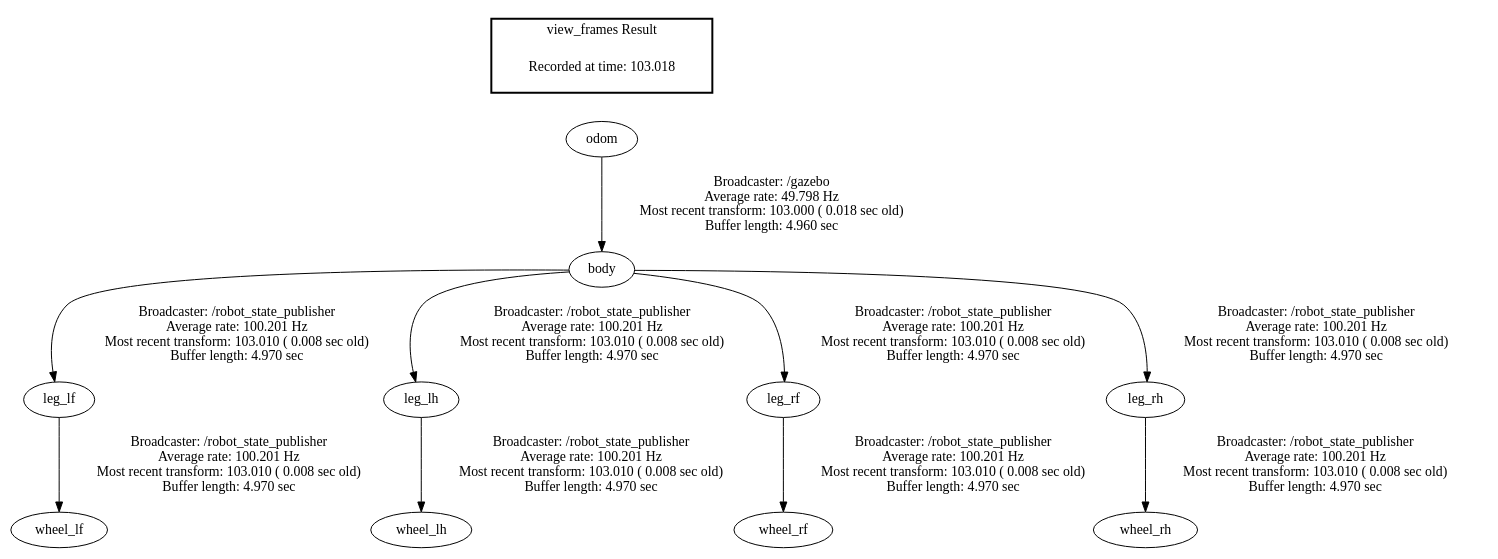
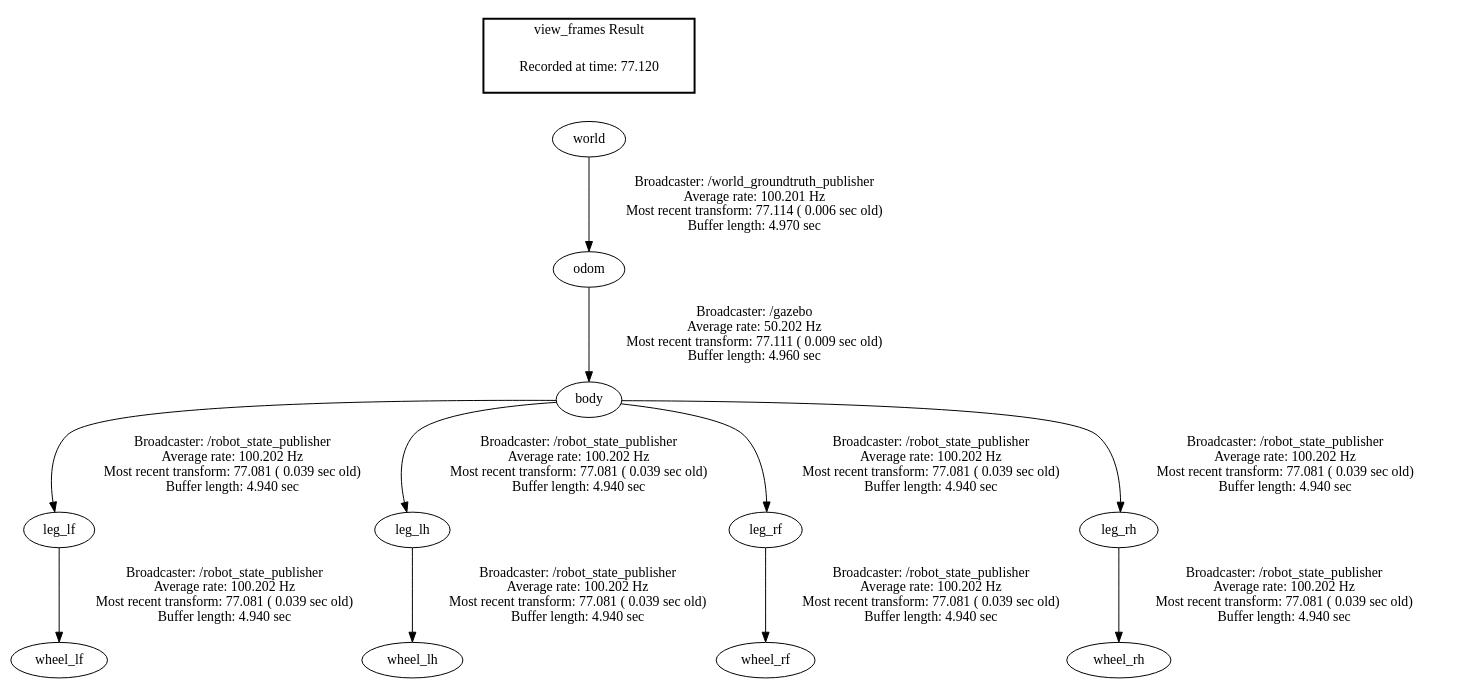
One commit to boisestate-vip/bender-ros changed the diagram in rosinfo/frames.gv. Above: the diagram before and after it, drawn with Graphviz. The commit also changed 24 other files, not shown here.

```diff
--- a/rosinfo/frames.gv
+++ b/rosinfo/frames.gv
@@ -1,15 +1,16 @@
 digraph G {
-"odom" -> "body"[label="Broadcaster: /gazebo\nAverage rate: 49.798 Hz\nMost recent transform: 103.000 ( 0.018 sec old)\nBuffer length: 4.960 sec\n"];
-"body" -> "leg_lf"[label="Broadcaster: /robot_state_publisher\nAverage rate: 100.201 Hz\nMost recent transform: 103.010 ( 0.008 sec old)\nBuffer length: 4.970 sec\n"];
-"body" -> "leg_lh"[label="Broadcaster: /robot_state_publisher\nAverage rate: 100.201 Hz\nMost recent transform: 103.010 ( 0.008 sec old)\nBuffer length: 4.970 sec\n"];
-"body" -> "leg_rf"[label="Broadcaster: /robot_state_publisher\nAverage rate: 100.201 Hz\nMost recent transform: 103.010 ( 0.008 sec old)\nBuffer length: 4.970 sec\n"];
-"body" -> "leg_rh"[label="Broadcaster: /robot_state_publisher\nAverage rate: 100.201 Hz\nMost recent transform: 103.010 ( 0.008 sec old)\nBuffer length: 4.970 sec\n"];
-"leg_lf" -> "wheel_lf"[label="Broadcaster: /robot_state_publisher\nAverage rate: 100.201 Hz\nMost recent transform: 103.010 ( 0.008 sec old)\nBuffer length: 4.970 sec\n"];
-"leg_lh" -> "wheel_lh"[label="Broadcaster: /robot_state_publisher\nAverage rate: 100.201 Hz\nMost recent transform: 103.010 ( 0.008 sec old)\nBuffer length: 4.970 sec\n"];
-"leg_rf" -> "wheel_rf"[label="Broadcaster: /robot_state_publisher\nAverage rate: 100.201 Hz\nMost recent transform: 103.010 ( 0.008 sec old)\nBuffer length: 4.970 sec\n"];
-"leg_rh" -> "wheel_rh"[label="Broadcaster: /robot_state_publisher\nAverage rate: 100.201 Hz\nMost recent transform: 103.010 ( 0.008 sec old)\nBuffer length: 4.970 sec\n"];
+"body" -> "leg_lf"[label="Broadcaster: /robot_state_publisher\nAverage rate: 100.202 Hz\nMost recent transform: 77.081 ( 0.039 sec old)\nBuffer length: 4.940 sec\n"];
+"odom" -> "body"[label="Broadcaster: /gazebo\nAverage rate: 50.202 Hz\nMost recent transform: 77.111 ( 0.009 sec old)\nBuffer length: 4.960 sec\n"];
+"body" -> "leg_lh"[label="Broadcaster: /robot_state_publisher\nAverage rate: 100.202 Hz\nMost recent transform: 77.081 ( 0.039 sec old)\nBuffer length: 4.940 sec\n"];
+"body" -> "leg_rf"[label="Broadcaster: /robot_state_publisher\nAverage rate: 100.202 Hz\nMost recent transform: 77.081 ( 0.039 sec old)\nBuffer length: 4.940 sec\n"];
+"body" -> "leg_rh"[label="Broadcaster: /robot_state_publisher\nAverage rate: 100.202 Hz\nMost recent transform: 77.081 ( 0.039 sec old)\nBuffer length: 4.940 sec\n"];
+"leg_lf" -> "wheel_lf"[label="Broadcaster: /robot_state_publisher\nAverage rate: 100.202 Hz\nMost recent transform: 77.081 ( 0.039 sec old)\nBuffer length: 4.940 sec\n"];
+"leg_lh" -> "wheel_lh"[label="Broadcaster: /robot_state_publisher\nAverage rate: 100.202 Hz\nMost recent transform: 77.081 ( 0.039 sec old)\nBuffer length: 4.940 sec\n"];
+"leg_rf" -> "wheel_rf"[label="Broadcaster: /robot_state_publisher\nAverage rate: 100.202 Hz\nMost recent transform: 77.081 ( 0.039 sec old)\nBuffer length: 4.940 sec\n"];
+"leg_rh" -> "wheel_rh"[label="Broadcaster: /robot_state_publisher\nAverage rate: 100.202 Hz\nMost recent transform: 77.081 ( 0.039 sec old)\nBuffer length: 4.940 sec\n"];
+"world" -> "odom"[label="Broadcaster: /world_groundtruth_publisher\nAverage rate: 100.201 Hz\nMost recent transform: 77.114 ( 0.006 sec old)\nBuffer length: 4.970 sec\n"];
 edge [style=invis];
  subgraph cluster_legend { style=bold; color=black; label ="view_frames Result";
-"Recorded at time: 103.018"[ shape=plaintext ] ;
- }->"odom";
+"Recorded at time: 77.120"[ shape=plaintext ] ;
+ }->"world";
 }
```
